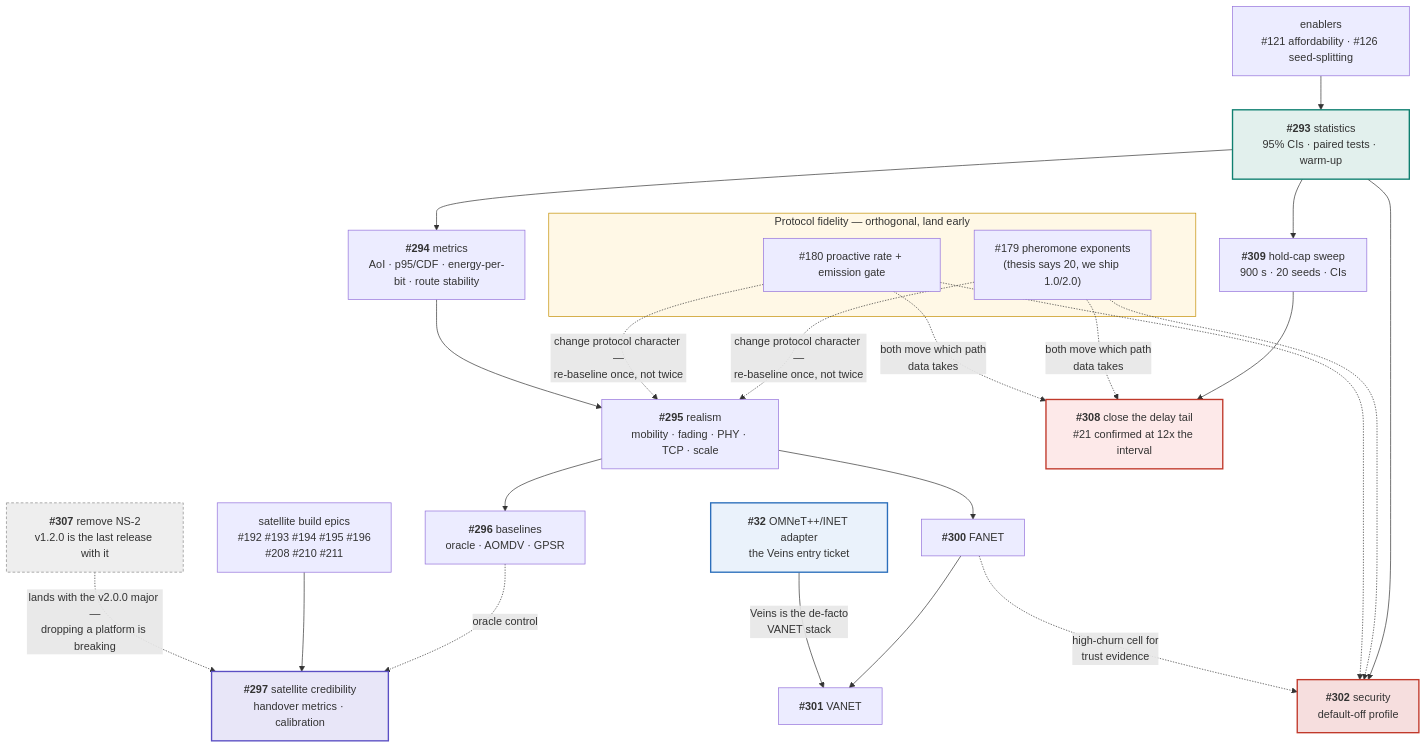
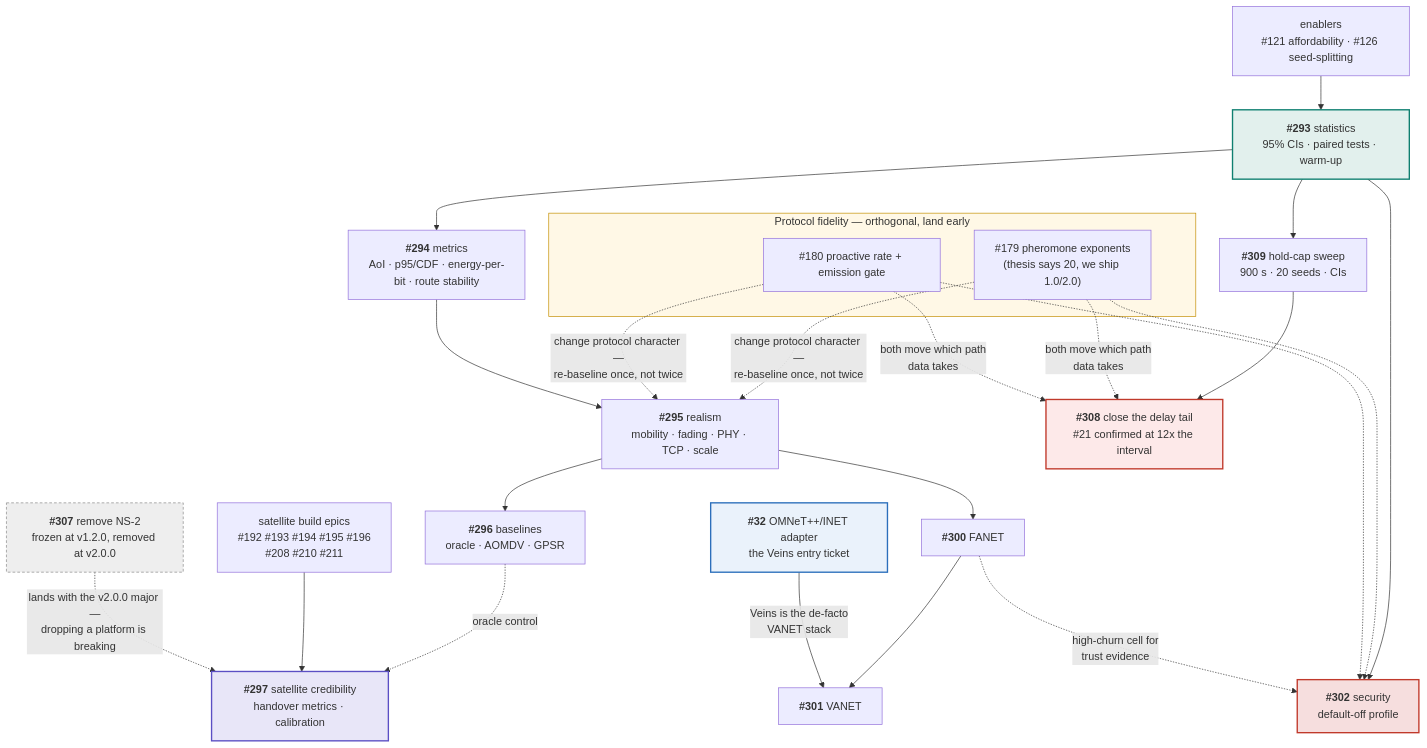
One commit to danieljoppi/AntHocNet changed the second of 2 diagrams in docs/roadmap.md. Above: the diagram before and after it, drawn with Mermaid. The commit also changed other lines of this file and 5 other files, not shown here.

````diff
--- a/docs/roadmap.md
+++ b/docs/roadmap.md
@@ -62,46 +62,46 @@
 ```mermaid
 flowchart TB
     subgraph FID["Protocol fidelity — orthogonal, land early"]
         F179["#179 pheromone exponents<br/>(thesis says 20, we ship 1.0/2.0)"]
         F180["#180 proactive rate + emission gate"]
     end
 
     E293["<b>#293</b> statistics<br/>95% CIs · paired tests · warm-up"]
     E294["<b>#294</b> metrics<br/>AoI · p95/CDF · energy-per-bit · route stability"]
     E295["<b>#295</b> realism<br/>mobility · fading · PHY · TCP · scale"]
     E296["<b>#296</b> baselines<br/>oracle · AOMDV · GPSR"]
     E300["<b>#300</b> FANET"]
     E301["<b>#301</b> VANET"]
     E297["<b>#297</b> satellite credibility<br/>handover metrics · calibration"]
     E302["<b>#302</b> security<br/>default-off profile"]
-    E307["<b>#307</b> remove NS-2<br/>v1.2.0 is the last release with it"]
+    E307["<b>#307</b> remove NS-2<br/>frozen at v1.2.0, removed at v2.0.0"]
     E32["<b>#32</b> OMNeT++/INET adapter<br/>the Veins entry ticket"]
 
     SATBUILD["satellite build epics<br/>#192 #193 #194 #195 #196<br/>#208 #210 #211"]
     ENABLE["enablers<br/>#121 affordability · #126 seed-splitting"]
     I309["<b>#309</b> hold-cap sweep<br/>900 s · 20 seeds · CIs"]
     E308["<b>#308</b> close the delay tail<br/>#21 confirmed at 12x the interval"]
 
     ENABLE --> E293
     E293 --> I309
     I309 --> E308
     F179 & F180 -.->|"both move which path<br/>data takes"| E308
     F179 & F180 -.->|"change protocol character —<br/>re-baseline once, not twice"| E295
     E293 --> E294 --> E295 --> E296
     E295 --> E300 --> E301
     E296 -.->|"oracle control"| E297
     SATBUILD --> E297
     E293 --> E302
     F179 & F180 -.-> E302
     E307 -.->|"lands with the v2.0.0 major —<br/>dropping a platform is breaking"| E297
     E32 -->|"Veins is the de-facto<br/>VANET stack"| E301
     E300 -.->|"high-churn cell for<br/>trust evidence"| E302
 
     style E293 fill:#e2f0ed,stroke:#0f7f70,stroke-width:2px
     style E297 fill:#e8e6f8,stroke:#5b4fc4,stroke-width:2px
     style E302 fill:#f6dede,stroke:#c0392b,stroke-width:2px
     style E307 fill:#eee,stroke:#888,stroke-dasharray:4 3
     style E32 fill:#eaf2fb,stroke:#2c6fbb,stroke-width:2px
     style E308 fill:#fde9e9,stroke:#c0392b,stroke-width:2px
     style FID fill:#fff8e6,stroke:#c48f00
 ```
````
